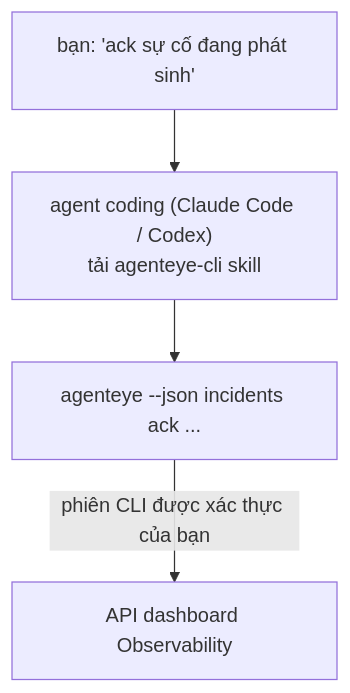
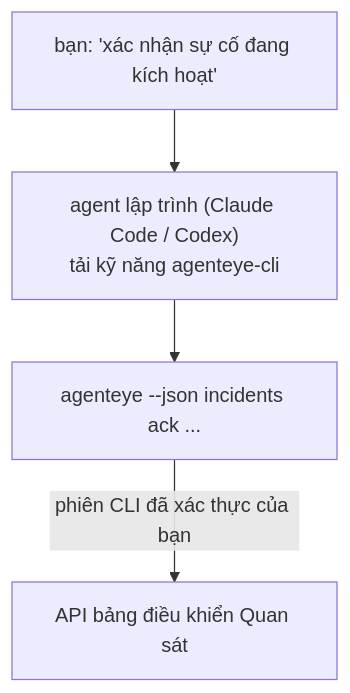
The diagram in docs/vi/agenteye/cli-skill.mdx (FailproofAI/failproofai), drawn with Mermaid before and after one commit. The commit also changed other lines of this file and 678 other files, not shown here.

````diff
--- a/docs/vi/agenteye/cli-skill.mdx
+++ b/docs/vi/agenteye/cli-skill.mdx
@@ -28,6 +29,6 @@
 ```mermaid
 flowchart TD
-    YOU["bạn: 'ack sự cố đang phát sinh'"] --> AGENT["agent coding (Claude Code / Codex)<br/>tải agenteye-cli skill"]
+    YOU["bạn: 'xác nhận sự cố đang kích hoạt'"] --> AGENT["agent lập trình (Claude Code / Codex)<br/>tải kỹ năng agenteye-cli"]
     AGENT --> CLI["agenteye --json incidents ack ..."]
-    CLI -->|phiên CLI được xác thực của bạn| API["API dashboard Observability"]
+    CLI -->|phiên CLI đã xác thực của bạn| API["API bảng điều khiển Quan sát"]
 ```
````
